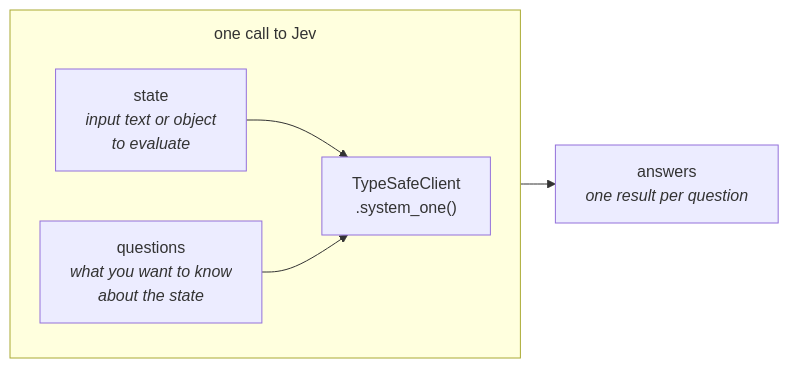
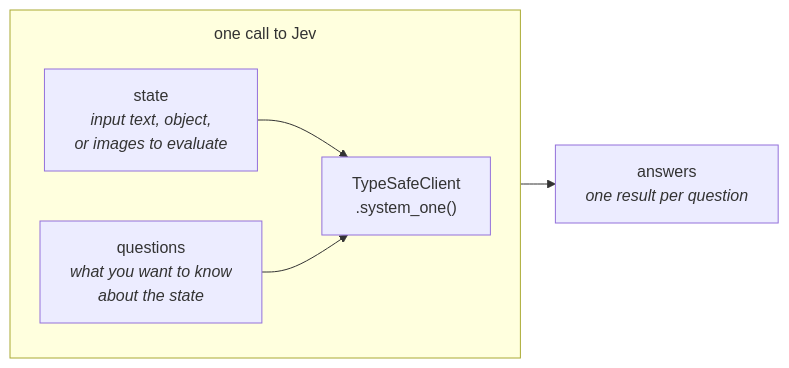
Before and after one commit to IamKrill1n/typesafe-docs: the diagram in docs/introduction/quickstart.md, drawn with Mermaid. The commit also changed other lines of this file and 26 other files, not shown here.

````diff
--- a/docs/introduction/quickstart.md
+++ b/docs/introduction/quickstart.md
@@ -13,14 +13,14 @@
 ```mermaid actions={true}
 %%{init: {"fontFamily": "Inter, sans-serif", "flowchart": {"rankSpacing": 35, "wrappingWidth": 300, "subGraphTitleMargin": {"top": 12, "bottom": 12}}}}%%
 flowchart LR
-    doc["state<br/><i>input text or object<br/>to evaluate</i>"]
+    doc["state<br/><i>input text, object,<br/>or images to evaluate</i>"]
     quest["questions<br/><i>what you want to know<br/>about the state</i>"]
 
     subgraph call["one call to Jev"]
         direction LR
         doc --> api["TypeSafeClient<br/>.system_one()"]
         quest --> api
     end
 
     api --> ans["answers<br/><i>one result per question</i>"]
 ```
````
